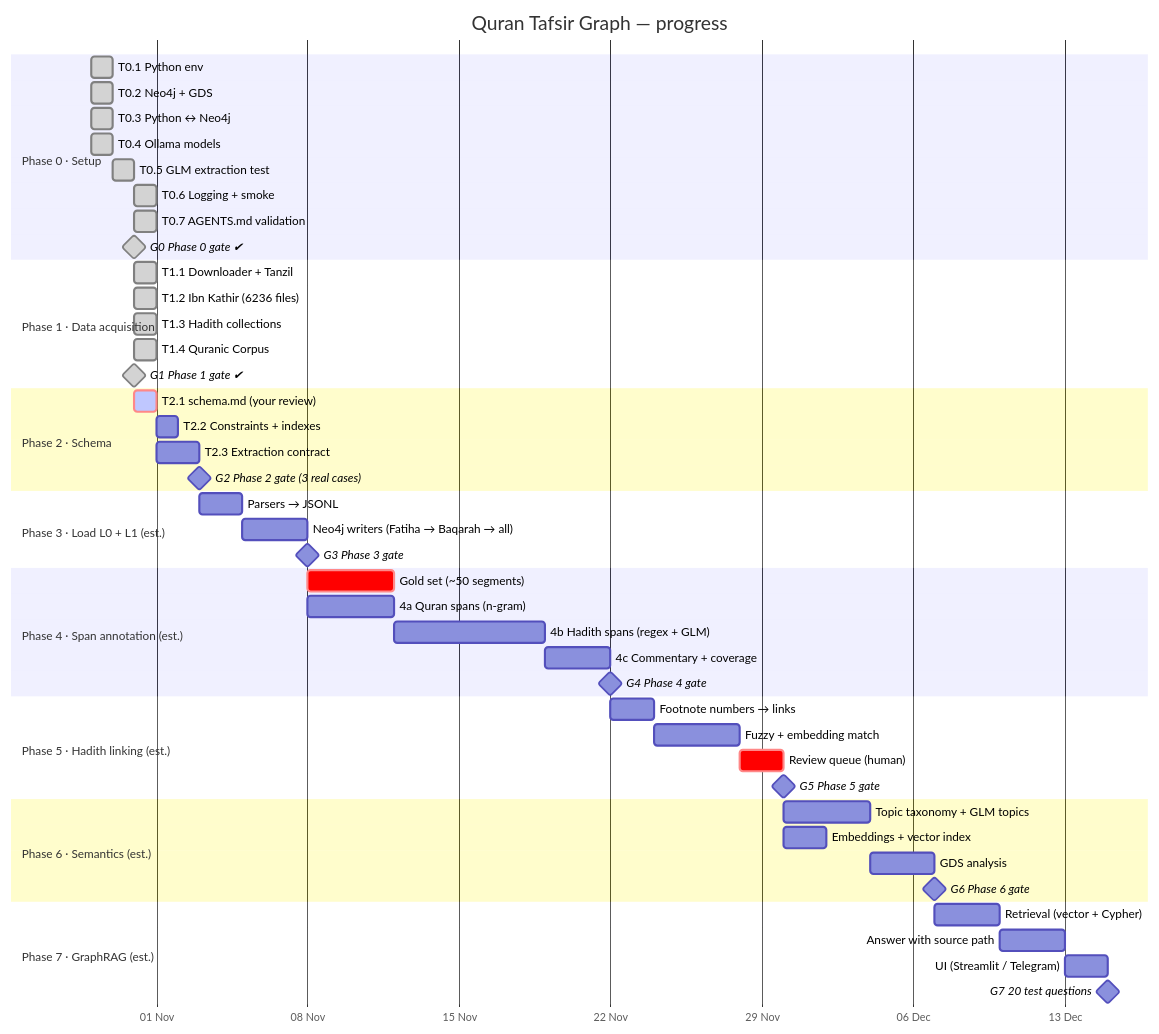
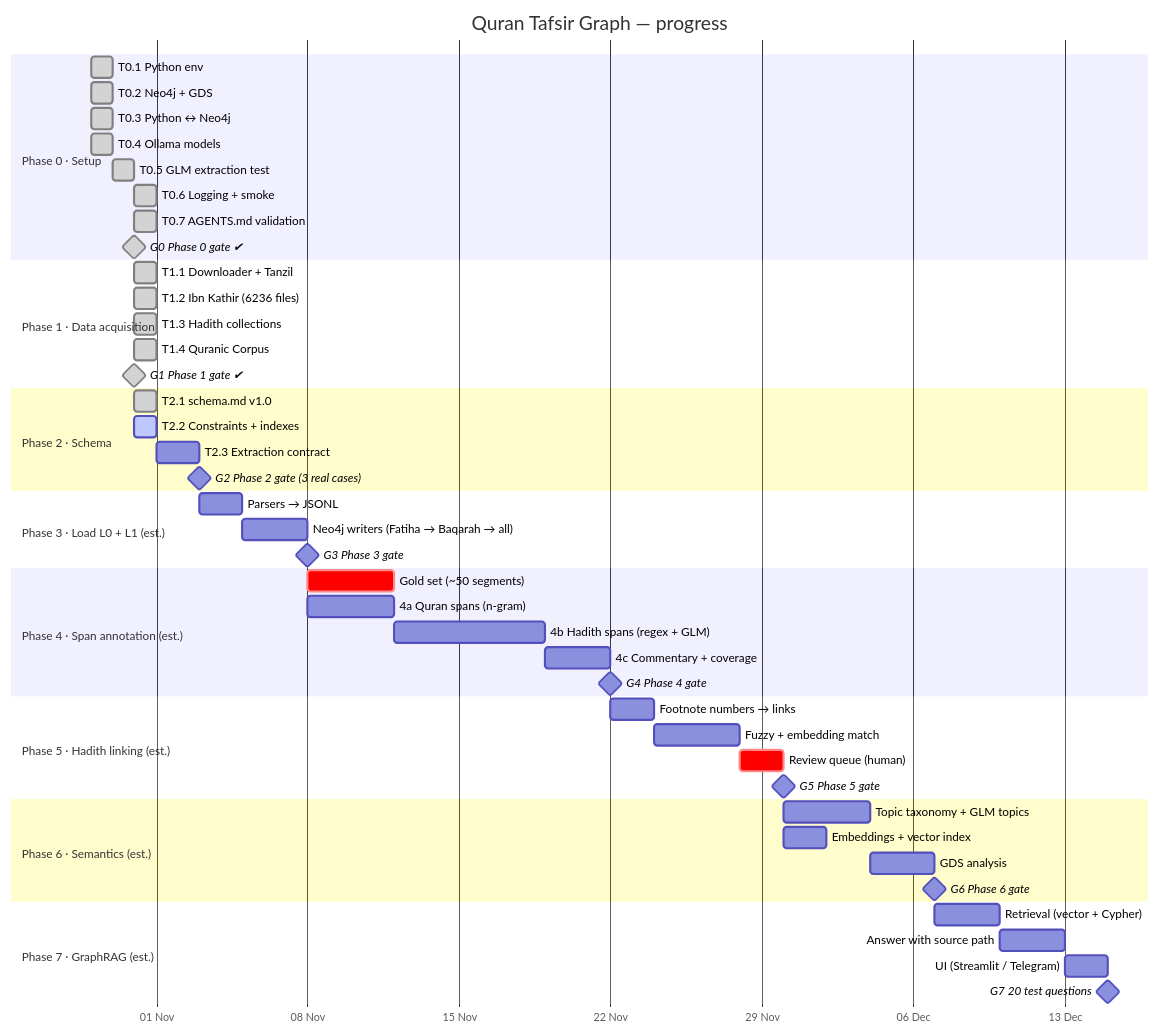
One commit to mohamed-soubhi/quran-graph changed the diagram in docs/GANTT.md. Above: the diagram before and after it, drawn with Mermaid. The commit also changed other lines of this file and 4 other files, not shown here.

First line of the commit message:
T2.1: schema v1.0 approved (Option A storage, Lemma nodes)

````diff
--- a/docs/GANTT.md
+++ b/docs/GANTT.md
@@ -9,60 +9,60 @@
 ```mermaid
 gantt
     title Quran Tafsir Graph — progress
     dateFormat YYYY-MM-DD
     axisFormat %d %b
     todayMarker stroke-width:3px,stroke:#d33
 
     section Phase 0 · Setup
     T0.1 Python env                 :done, t01, 2026-10-29, 1d
     T0.2 Neo4j + GDS                :done, t02, 2026-10-29, 1d
     T0.3 Python ↔ Neo4j             :done, t03, 2026-10-29, 1d
     T0.4 Ollama models              :done, t04, 2026-10-29, 1d
     T0.5 GLM extraction test        :done, t05, 2026-10-30, 1d
     T0.6 Logging + smoke            :done, t06, 2026-10-31, 1d
     T0.7 AGENTS.md validation       :done, t07, 2026-10-31, 1d
     G0 Phase 0 gate ✔               :milestone, done, g0, 2026-10-31, 0d
 
     section Phase 1 · Data acquisition
     T1.1 Downloader + Tanzil        :done, t11, 2026-10-31, 1d
     T1.2 Ibn Kathir (6236 files)    :done, t12, 2026-10-31, 1d
     T1.3 Hadith collections         :done, t13, 2026-10-31, 1d
     T1.4 Quranic Corpus            :done, t14, 2026-10-31, 1d
     G1 Phase 1 gate ✔               :milestone, done, g1, 2026-10-31, 0d
 
     section Phase 2 · Schema
-    T2.1 schema.md (your review)    :crit, active, t21, 2026-10-31, 1d
-    T2.2 Constraints + indexes      :t22, after t21, 1d
+    T2.1 schema.md v1.0            :done, t21, 2026-10-31, 1d
+    T2.2 Constraints + indexes      :active, t22, 2026-10-31, 1d
     T2.3 Extraction contract        :t23, after t21, 2d
     G2 Phase 2 gate (3 real cases)  :milestone, g2, after t23, 0d
 
     section Phase 3 · Load L0 + L1 (est.)
     Parsers → JSONL                 :p3a, after g2, 2d
     Neo4j writers (Fatiha → Baqarah → all) :p3b, after p3a, 3d
     G3 Phase 3 gate                 :milestone, g3, after p3b, 0d
 
     section Phase 4 · Span annotation (est.)
     Gold set (~50 segments)         :crit, p4g, after g3, 4d
     4a Quran spans (n-gram)         :p4a, after g3, 4d
     4b Hadith spans (regex + GLM)   :p4b, after p4a, 7d
     4c Commentary + coverage        :p4c, after p4b, 3d
     G4 Phase 4 gate                 :milestone, g4, after p4c, 0d
 
     section Phase 5 · Hadith linking (est.)
     Footnote numbers → links        :p5a, after g4, 2d
     Fuzzy + embedding match         :p5b, after p5a, 4d
     Review queue (human)            :crit, p5c, after p5b, 2d
     G5 Phase 5 gate                 :milestone, g5, after p5c, 0d
 
     section Phase 6 · Semantics (est.)
     Topic taxonomy + GLM topics     :p6a, after g5, 4d
     Embeddings + vector index       :p6b, after g5, 2d
     GDS analysis                    :p6c, after p6a, 3d
     G6 Phase 6 gate                 :milestone, g6, after p6c, 0d
 
     section Phase 7 · GraphRAG (est.)
     Retrieval (vector + Cypher)     :p7a, after g6, 3d
     Answer with source path         :p7b, after p7a, 3d
     UI (Streamlit / Telegram)       :p7c, after p7b, 2d
     G7 20 test questions            :milestone, g7, after p7c, 0d
 ```
````
